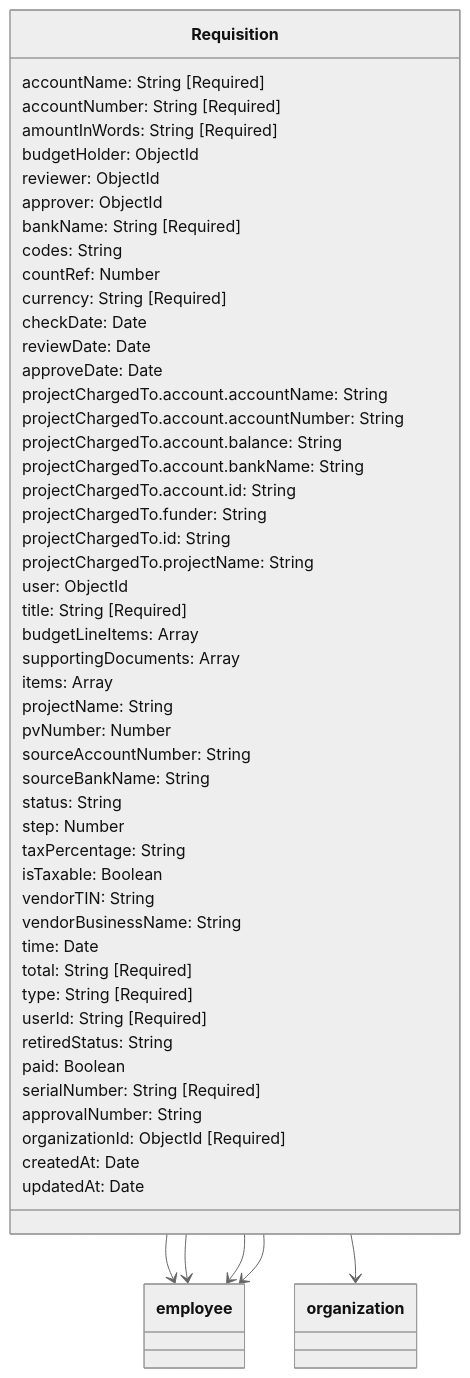
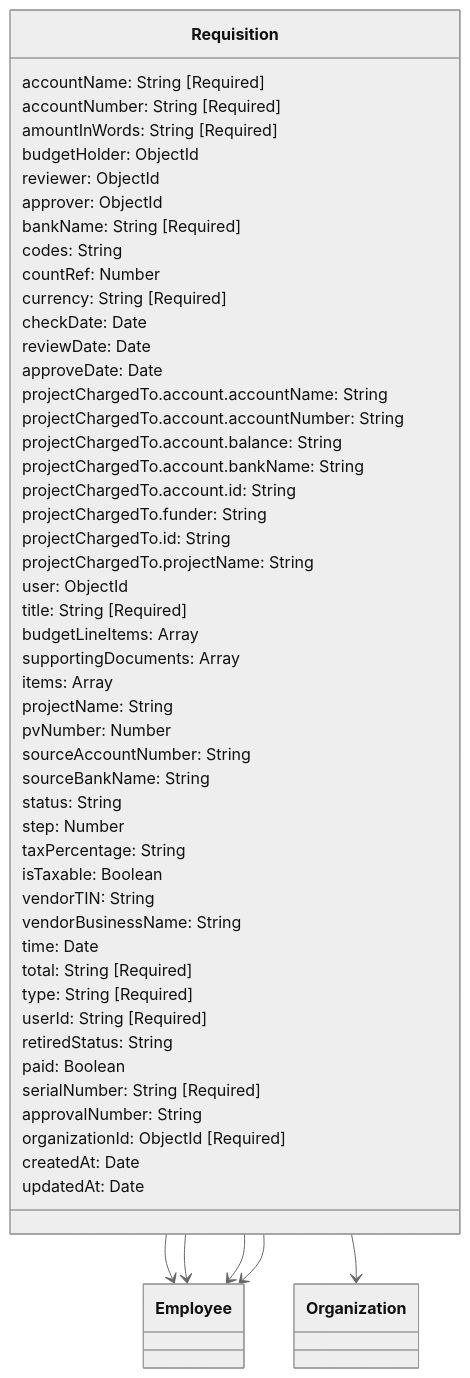
Before and after one commit to Budeshi-Products/workflowPadi-Schemas: the diagram in schema-visualizations/Requisition.mmd, drawn with Mermaid (neutral theme). The commit also changed 75 other files, not shown here.

```diff
--- a/schema-visualizations/Requisition.mmd
+++ b/schema-visualizations/Requisition.mmd
@@ -1,56 +1,56 @@
 classDiagram
   class Requisition {
     accountName: String [Required]
     accountNumber: String [Required]
     amountInWords: String [Required]
     budgetHolder: ObjectId
     reviewer: ObjectId
     approver: ObjectId
     bankName: String [Required]
     codes: String
     countRef: Number
     currency: String [Required]
     checkDate: Date
     reviewDate: Date
     approveDate: Date
     projectChargedTo.account.accountName: String
     projectChargedTo.account.accountNumber: String
     projectChargedTo.account.balance: String
     projectChargedTo.account.bankName: String
     projectChargedTo.account.id: String
     projectChargedTo.funder: String
     projectChargedTo.id: String
     projectChargedTo.projectName: String
     user: ObjectId
     title: String [Required]
     budgetLineItems: Array
     supportingDocuments: Array
     items: Array
     projectName: String
     pvNumber: Number
     sourceAccountNumber: String
     sourceBankName: String
     status: String
     step: Number
     taxPercentage: String
     isTaxable: Boolean
     vendorTIN: String
     vendorBusinessName: String
     time: Date
     total: String [Required]
     type: String [Required]
     userId: String [Required]
     retiredStatus: String
     paid: Boolean
     serialNumber: String [Required]
     approvalNumber: String
     organizationId: ObjectId [Required]
     createdAt: Date
     updatedAt: Date
   }
 
-  Requisition --> employee
-  Requisition --> employee
-  Requisition --> employee
-  Requisition --> employee
-  Requisition --> organization
+  Requisition --> Employee
+  Requisition --> Employee
+  Requisition --> Employee
+  Requisition --> Employee
+  Requisition --> Organization
```
